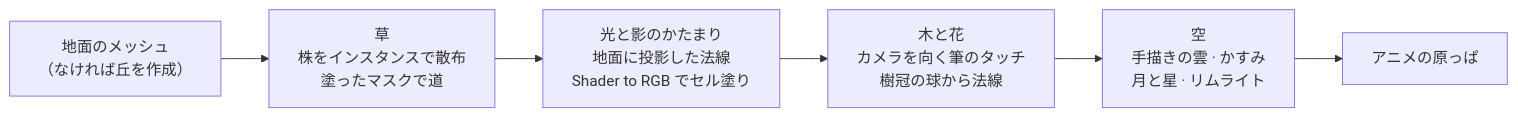
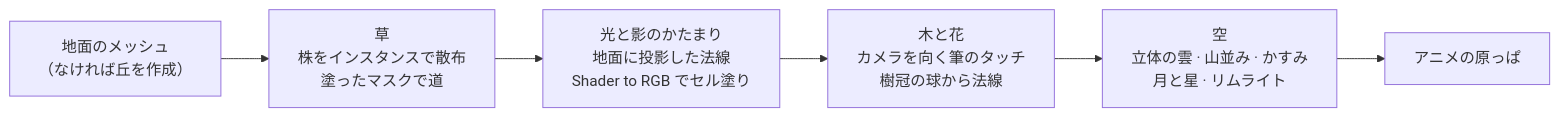
Before and after one commit to kanaworksai-hue/harappa: the diagram in README.md, drawn with Mermaid. The commit also changed other lines of this file and 15 other files, not shown here.

````diff
--- a/README.md
+++ b/README.md
@@ -97,8 +108,8 @@
 ```mermaid
 flowchart LR
     M["地面のメッシュ<br/>（なければ丘を作成）"] --> G["草<br/>株をインスタンスで散布<br/>塗ったマスクで道"]
     G --> C["光と影のかたまり<br/>地面に投影した法線<br/>Shader to RGB でセル塗り"]
     C --> T["木と花<br/>カメラを向く筆のタッチ<br/>樹冠の球から法線"]
-    T --> S["空<br/>手描きの雲 · かすみ<br/>月と星 · リムライト"]
+    T --> S["空<br/>立体の雲 · 山並み · かすみ<br/>月と星 · リムライト"]
     S --> R["アニメの原っぱ"]
 ```
````
